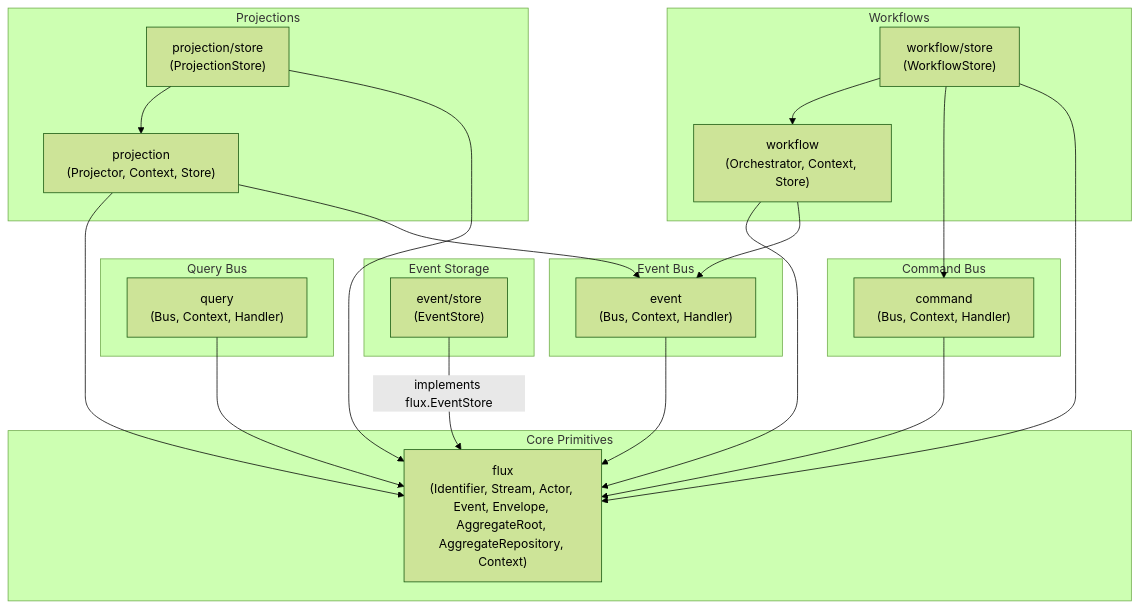
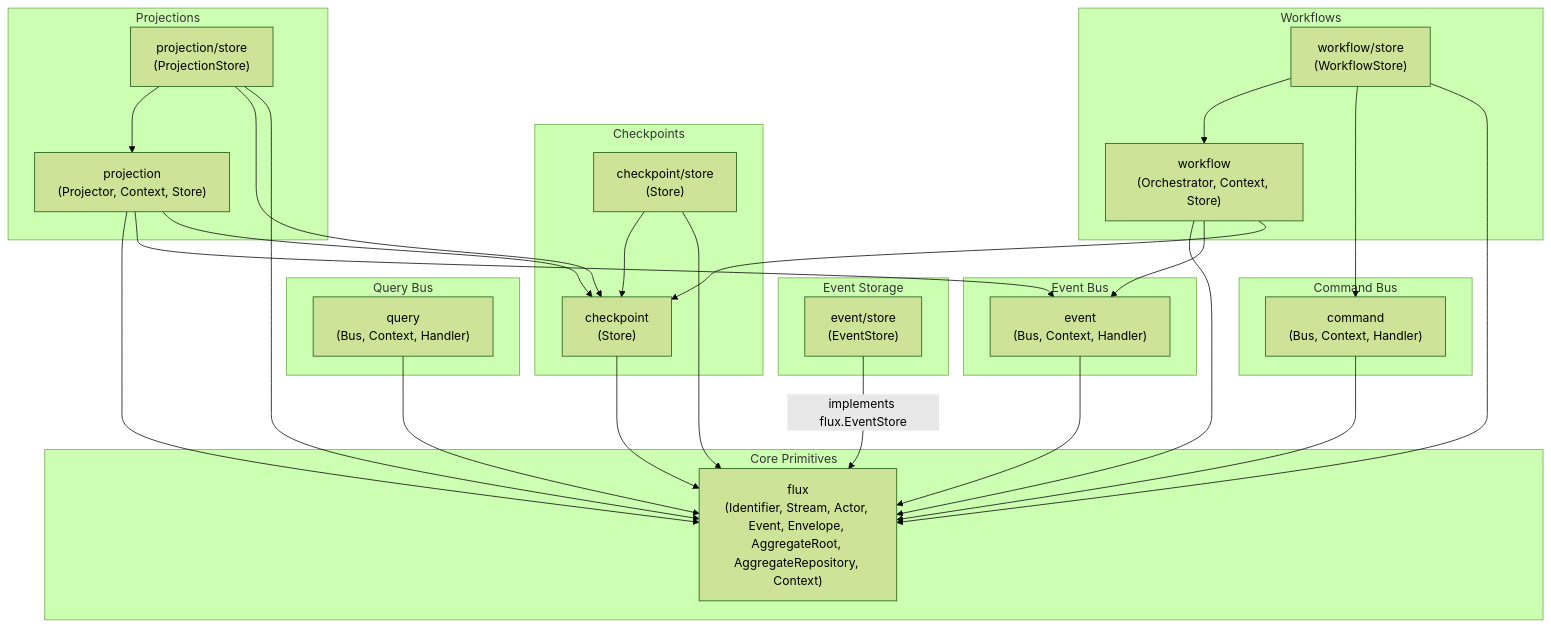
Before and after one commit to wotek/flux: the diagram in docs/ARCHITECTURE.md, drawn with Mermaid (forest theme). The commit also changed other lines of this file and 26 other files, not shown here.

First line of the commit message:
feat(checkpoint): introduce shared checkpoint store, backends, and orchestrator wiring

````diff
--- a/docs/ARCHITECTURE.md
+++ b/docs/ARCHITECTURE.md
@@ -59,49 +59,61 @@
 ```mermaid
 flowchart TD
     subgraph Core ["Core Primitives"]
         Flux["flux<br/>(Identifier, Stream, Actor, Event, Envelope, AggregateRoot, AggregateRepository, Context)"]
     end
 
     subgraph EventStoreDomain ["Event Storage"]
         EventStore["event/store<br/>(EventStore)"]
     end
 
     subgraph CommandDomain ["Command Bus"]
         Command["command<br/>(Bus, Context, Handler)"]
     end
 
     subgraph QueryDomain ["Query Bus"]
         Query["query<br/>(Bus, Context, Handler)"]
     end
 
     subgraph EventDomain ["Event Bus"]
         Event["event<br/>(Bus, Context, Handler)"]
     end
 
+    subgraph CheckpointDomain ["Checkpoints"]
+        Checkpoint["checkpoint<br/>(Store)"]
+        CheckpointStore["checkpoint/store<br/>(Store)"]
+    end
+
     subgraph ProjectionDomain ["Projections"]
         Projection["projection<br/>(Projector, Context, Store)"]
         ProjStore["projection/store<br/>(ProjectionStore)"]
     end
 
     subgraph WorkflowDomain ["Workflows"]
         Workflow["workflow<br/>(Orchestrator, Context, Store)"]
         WorkflowStore["workflow/store<br/>(WorkflowStore)"]
     end
 
     %% Dependencies
     EventStore -->|implements flux.EventStore| Flux
     Command --> Flux
     Query --> Flux
     Event --> Flux
 
+    Checkpoint --> Flux
+    CheckpointStore --> Checkpoint
+    CheckpointStore --> Flux
+
     Projection --> Flux
     Projection --> Event
+    Projection --> Checkpoint
     ProjStore --> Projection
+    ProjStore --> Checkpoint
     ProjStore --> Flux
 
     Workflow --> Flux
     Workflow --> Event
+    Workflow --> Checkpoint
     WorkflowStore --> Workflow
     WorkflowStore --> Command
     WorkflowStore --> Flux
 ```
````
